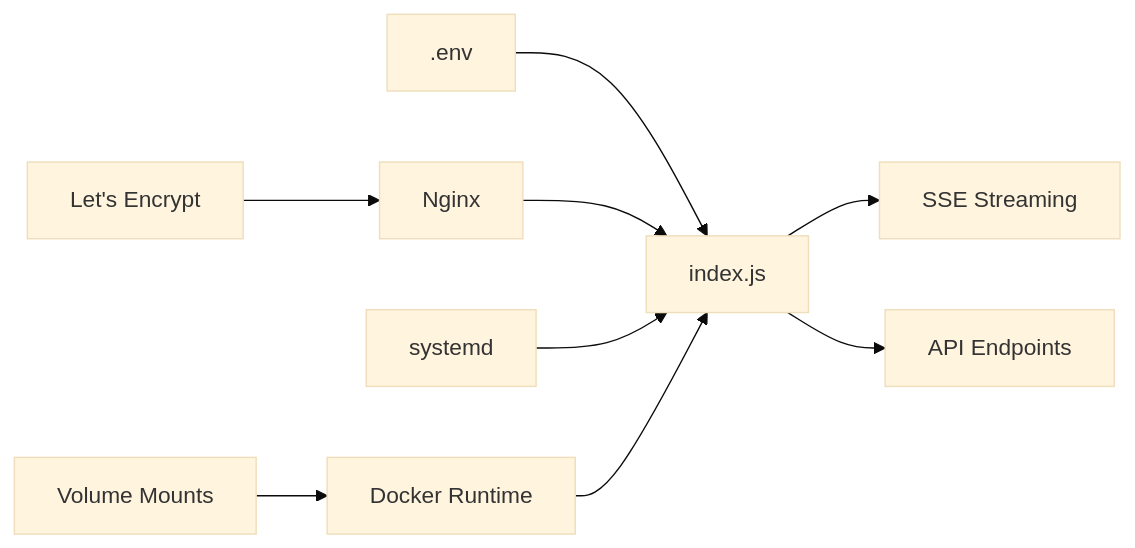
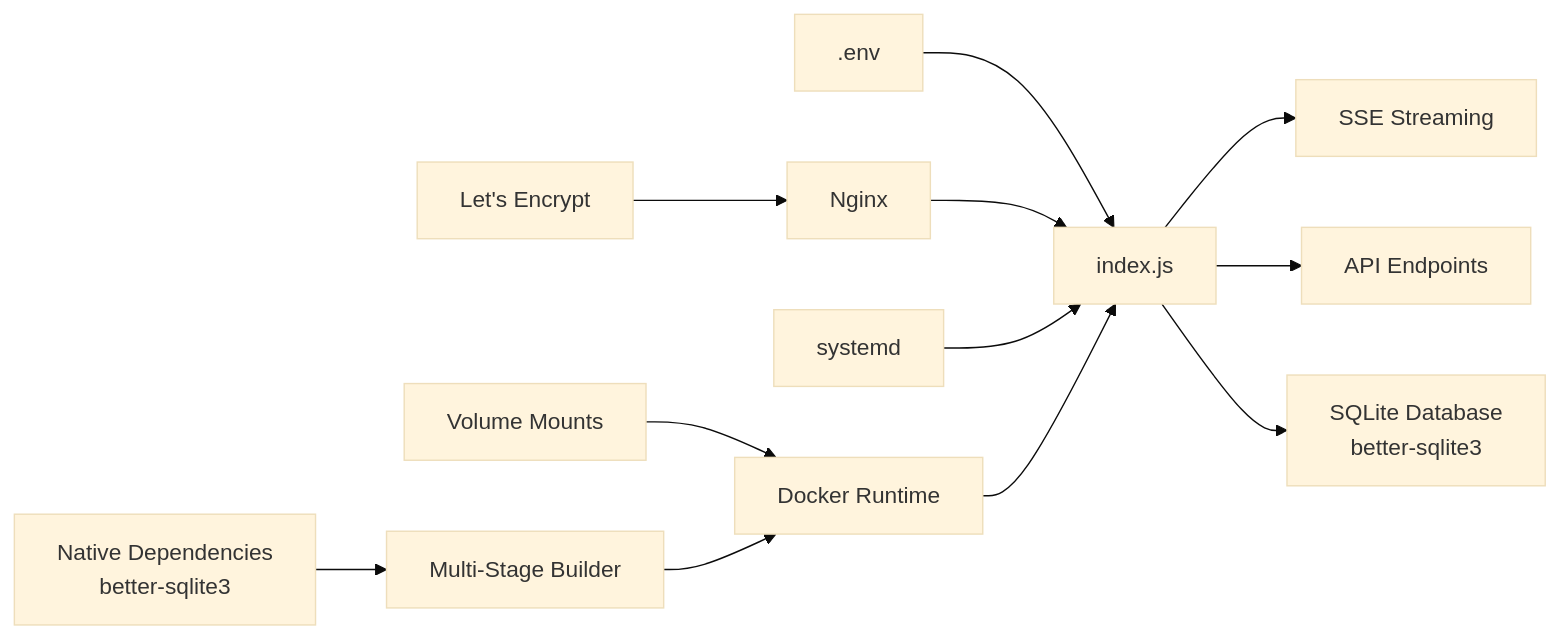
One commit to RunTimeAdmin/tri-ai changed diagram 16 of 16 in .qoder/repowiki/en/content/Deployment & Operations/Deployment & Operations.md. Above: the diagram before and after it, drawn with Mermaid (base theme). The commit also changed other lines of this file and 40 other files, not shown here.

````diff
--- a/.qoder/repowiki/en/content/Deployment & Operations/Deployment & Operations.md
+++ b/.qoder/repowiki/en/content/Deployment & Operations/Deployment & Operations.md
@@ -569,11 +645,14 @@
 ```mermaid
 graph LR
 Env[".env"] --> Node["index.js"]
 Node --> SSE["SSE Streaming"]
 Node --> APIs["API Endpoints"]
+Node --> DB["SQLite Database<br/>better-sqlite3"]
 Nginx["Nginx"] --> Node
 SSL["Let's Encrypt"] --> Nginx
 Sysd["systemd"] --> Node
 Docker["Docker Runtime"] --> Node
 Volumes["Volume Mounts"] --> Docker
+Builder["Multi-Stage Builder"] --> Docker
+NativeDeps["Native Dependencies<br/>better-sqlite3"] --> Builder
 ```
````
